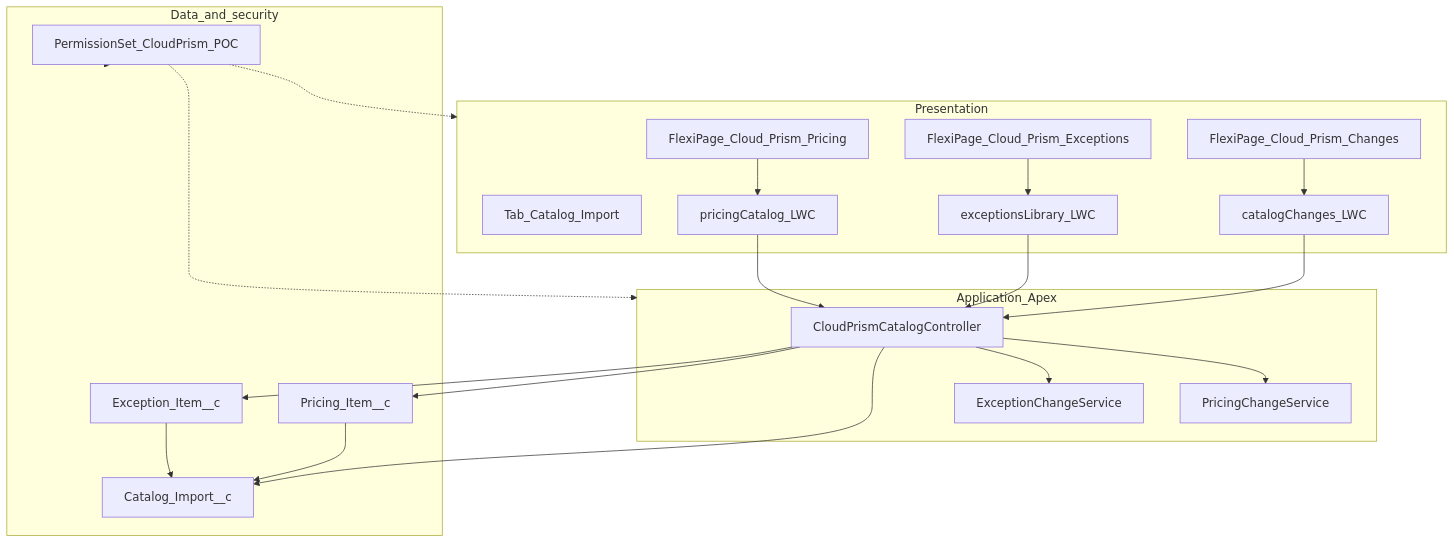
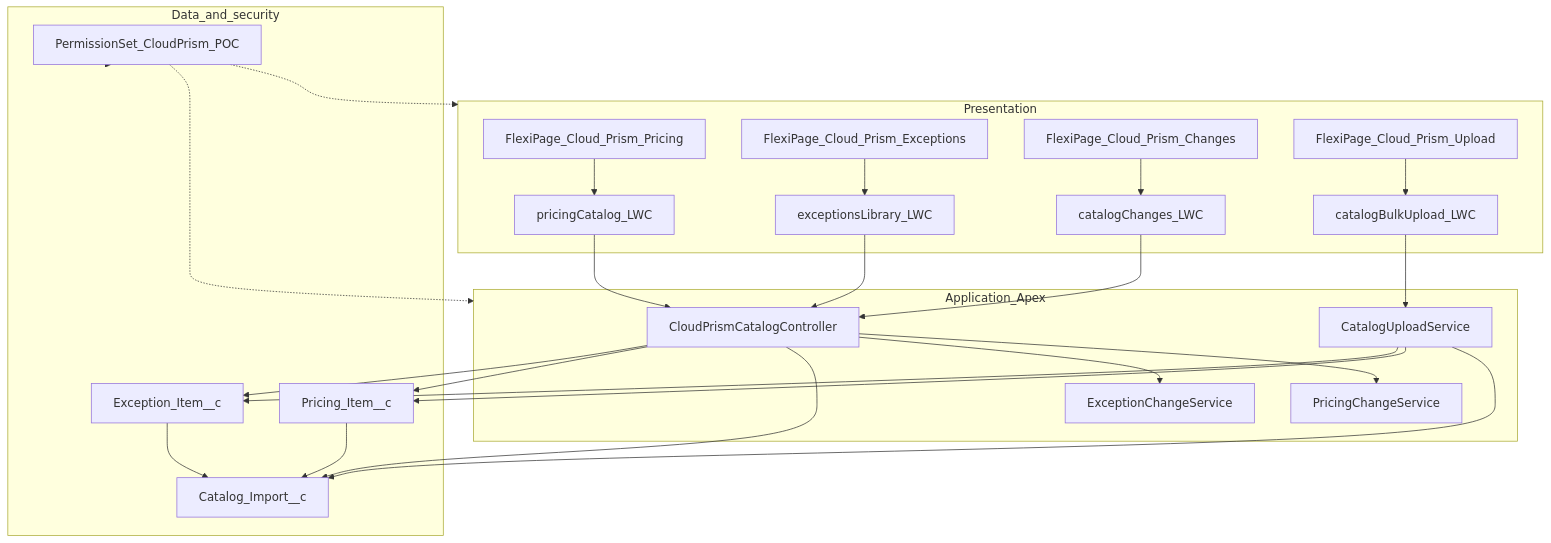
The second of 3 diagrams in docs/ARCHITECTURE.md (chrislmdev/impcat2), drawn with Mermaid before and after one commit. The commit also changed other lines of this file and 18 other files, not shown here.

````diff
--- a/docs/ARCHITECTURE.md
+++ b/docs/ARCHITECTURE.md
@@ -37,42 +37,49 @@
 ```mermaid
 flowchart TB
     subgraph presentation [Presentation]
         FP1[FlexiPage_Cloud_Prism_Pricing]
         FP2[FlexiPage_Cloud_Prism_Exceptions]
         FP3[FlexiPage_Cloud_Prism_Changes]
-        TAB[Tab_Catalog_Import]
+        FP4[FlexiPage_Cloud_Prism_Upload]
         PC[pricingCatalog_LWC]
         EL[exceptionsLibrary_LWC]
         CC[catalogChanges_LWC]
+        BU[catalogBulkUpload_LWC]
         FP1 --> PC
         FP2 --> EL
         FP3 --> CC
+        FP4 --> BU
     end
 
     subgraph application [Application_Apex]
         CTRL[CloudPrismCatalogController]
+        UP[CatalogUploadService]
         PCH[PricingChangeService]
         ECH[ExceptionChangeService]
         CTRL --> PCH
         CTRL --> ECH
     end
 
     subgraph data [Data_and_security]
         O1[Catalog_Import__c]
         O2[Pricing_Item__c]
         O3[Exception_Item__c]
         PS[PermissionSet_CloudPrism_POC]
         O2 --> O1
         O3 --> O1
     end
 
     PC --> CTRL
     EL --> CTRL
     CC --> CTRL
+    BU --> UP
     CTRL --> O1
+    UP --> O1
+    UP --> O2
+    UP --> O3
     CTRL --> O2
     CTRL --> O3
     PS -.-> presentation
     PS -.-> application
     PS -.-> data
 ```
````
